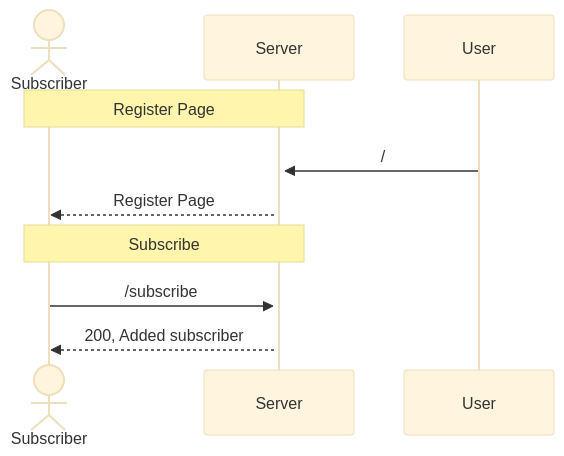
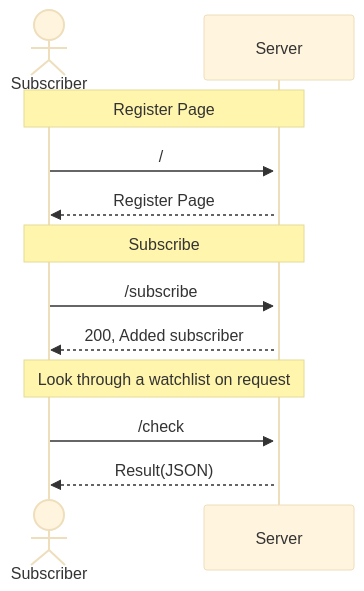
The second of 2 diagrams in readme.md (yussufbiyik/lego-store-stock-checker), drawn with Mermaid (base theme) before and after one commit. The commit also changed 1 other file, not shown here.

Commit message:
Update server user relations

````diff
--- a/readme.md
+++ b/readme.md
@@ -39,10 +39,13 @@
 ```mermaid
 sequenceDiagram
     actor Subscriber
     Note over Subscriber,Server: Register Page
-    User->>+Server: /
+    Subscriber->>+Server: /
     Server-->>Subscriber: Register Page
     Note over Subscriber,Server: Subscribe
     Subscriber->>+Server: /subscribe
     Server-->>Subscriber: 200, Added subscriber
+    Note over Subscriber,Server: Look through a watchlist on request
+    Subscriber->>+Server: /check
+    Server-->>Subscriber: Result(JSON)
 ```
````
